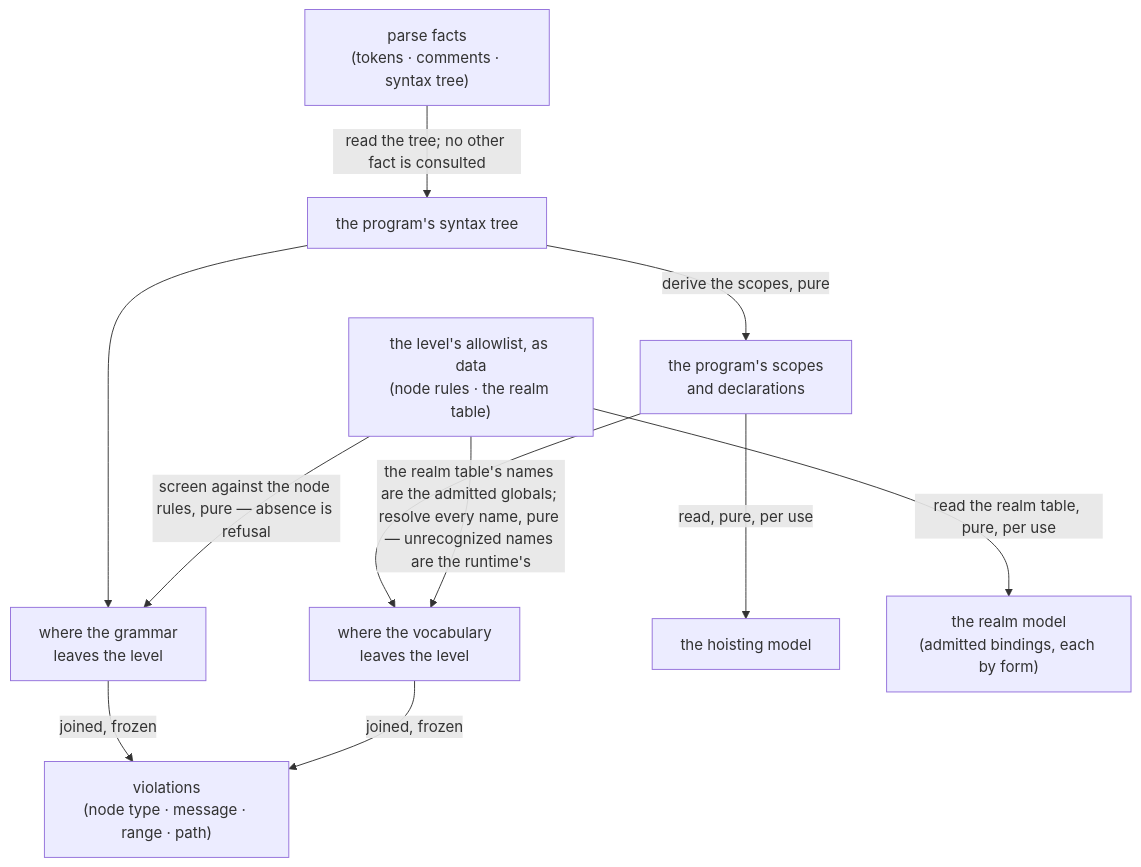
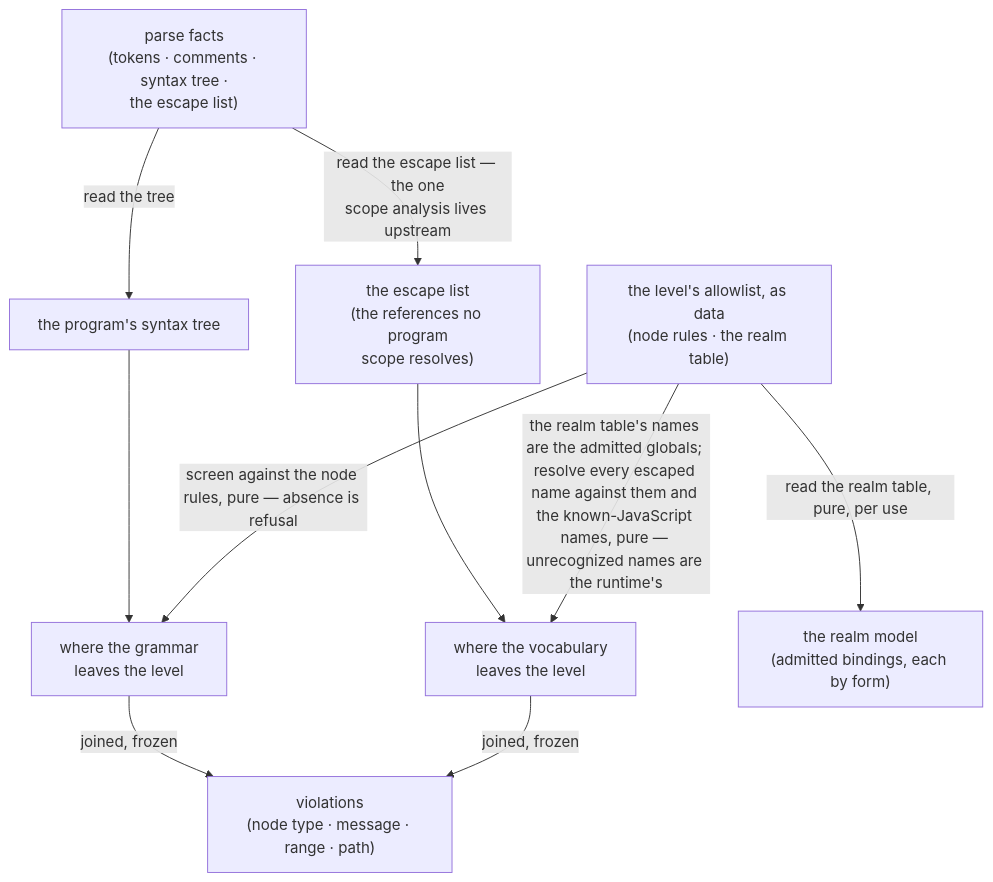
The diagram in src/lib/study-lenses/language-levels/jej/DOCS.md (codeschoolinabox/curricula), drawn with Mermaid before and after one commit. The commit also changed other lines of this file and 8 other files, not shown here.

Commit message:
docs: AR-2 coherence batch — escape list named region-wide, four-stage gate, third residual hole, Identifier-typed reference

````diff
--- a/src/lib/study-lenses/language-levels/jej/DOCS.md
+++ b/src/lib/study-lenses/language-levels/jej/DOCS.md
@@ -49,22 +51,20 @@
 ```mermaid
 flowchart TD
-    PF["parse facts<br/>(tokens · comments · syntax tree)"]
+    PF["parse facts<br/>(tokens · comments · syntax tree ·<br/>the escape list)"]
     TREE["the program's syntax tree"]
     SLICE["the level's allowlist, as data<br/>(node rules · the realm table)"]
     GRAM["where the grammar<br/>leaves the level"]
-    SCOPES["the program's scopes<br/>and declarations"]
+    ESC["the escape list<br/>(the references no program<br/>scope resolves)"]
     VOCAB["where the vocabulary<br/>leaves the level"]
     VIO["violations<br/>(node type · message · range · path)"]
-    HOIST["the hoisting model"]
     REALM["the realm model<br/>(admitted bindings, each by form)"]
-    PF -->|"read the tree; no other fact is consulted"| TREE
+    PF -->|"read the tree"| TREE
+    PF -->|"read the escape list — the one<br/>scope analysis lives upstream"| ESC
     TREE --> GRAM
     SLICE -->|"screen against the node rules, pure — absence is refusal"| GRAM
-    TREE -->|"derive the scopes, pure"| SCOPES
-    SCOPES --> VOCAB
-    SLICE -->|"the realm table's names are the admitted globals; resolve every name, pure — unrecognized names are the runtime's"| VOCAB
+    ESC --> VOCAB
+    SLICE -->|"the realm table's names are the admitted globals; resolve every escaped name against them and the known-JavaScript names, pure — unrecognized names are the runtime's"| VOCAB
     GRAM -->|"joined, frozen"| VIO
     VOCAB -->|"joined, frozen"| VIO
-    SCOPES -->|"read, pure, per use"| HOIST
     SLICE -->|"read the realm table, pure, per use"| REALM
 ```
````
